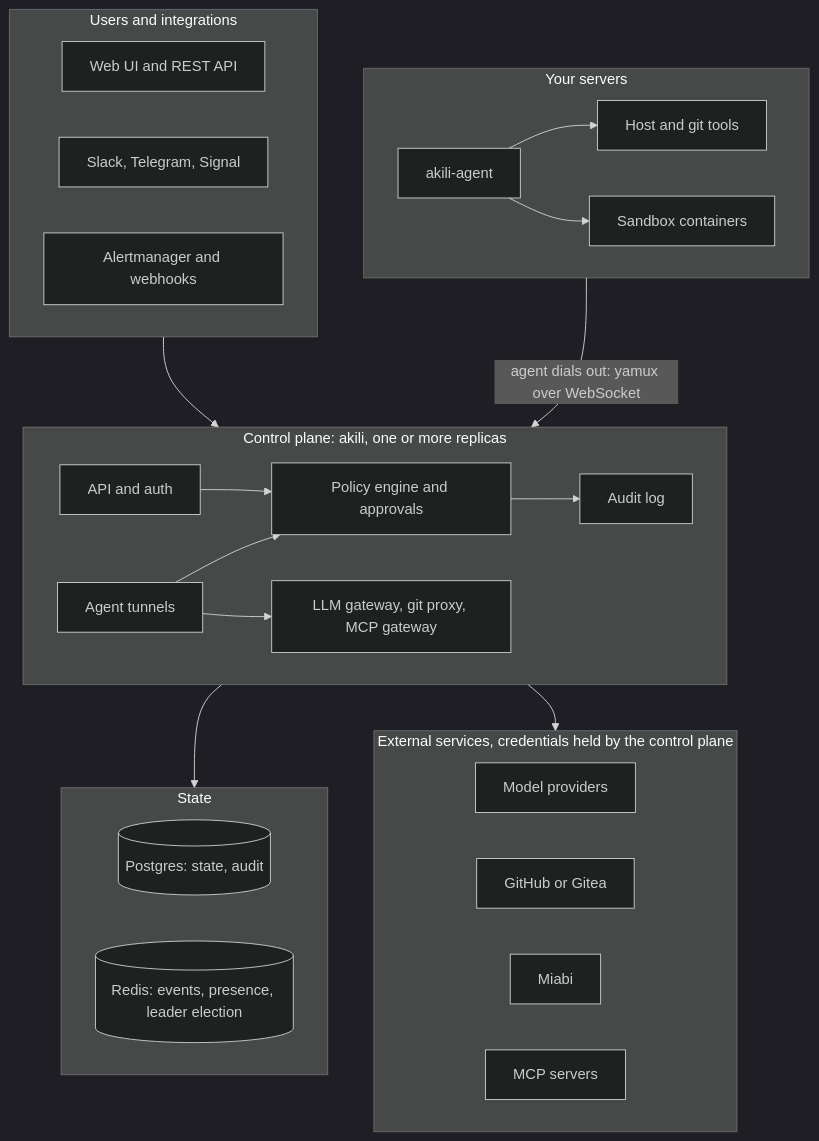
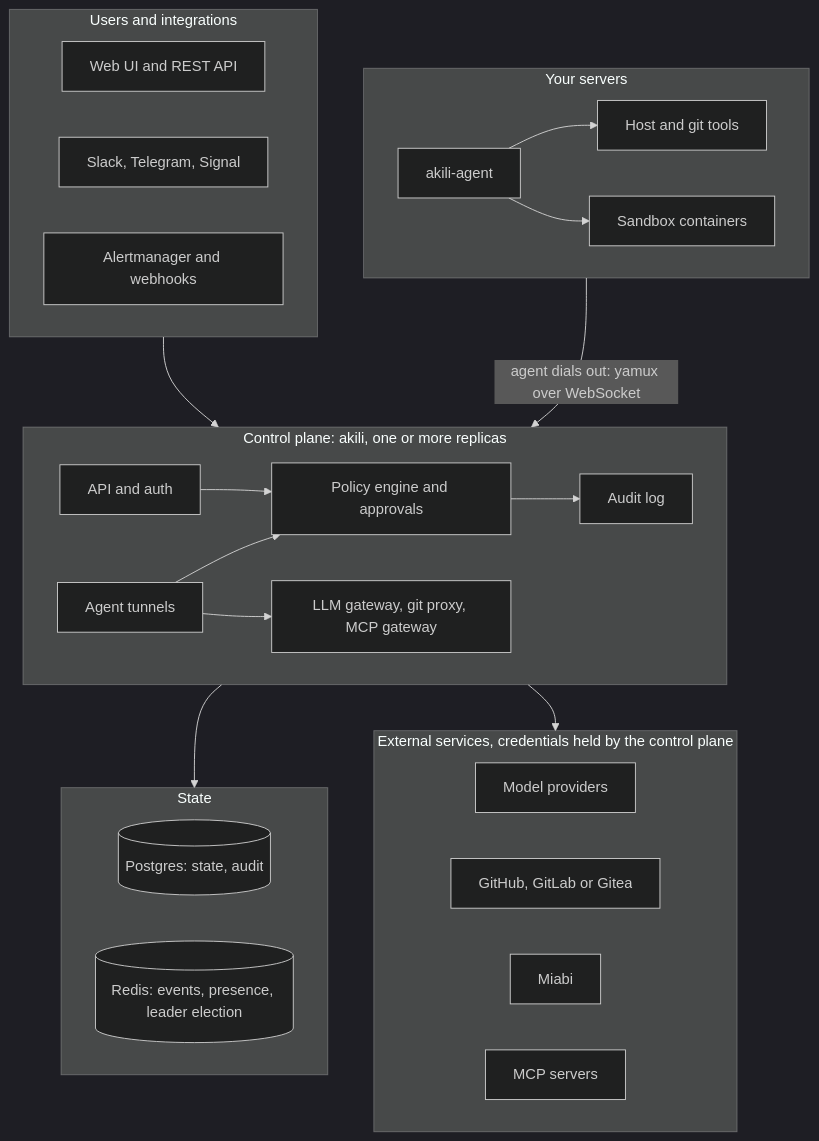
Before and after one commit to goakili/akili: the diagram in README.md, drawn with Mermaid (dark theme). The commit also changed other lines of this file and 33 other files, not shown here.

Commit message:
feat(forge): GitLab support (gitlab.com and self-managed, API v4)

````diff
--- a/README.md
+++ b/README.md
@@ -65,41 +65,41 @@
 ```mermaid
 flowchart TB
     subgraph clients["Users and integrations"]
         direction LR
         ui["Web UI and REST API"]
         chat["Slack, Telegram, Signal"]
         alerts["Alertmanager and webhooks"]
     end
 
     subgraph cp["Control plane: akili, one or more replicas"]
         direction LR
         api["API and auth"] --> policy["Policy engine and approvals"] --> audit["Audit log"]
         tunnel["Agent tunnels"] --> policy
         tunnel --> gateways["LLM gateway, git proxy, MCP gateway"]
     end
 
     subgraph data["State"]
         direction LR
         pg[("Postgres: state, audit")]
         redis[("Redis: events, presence, leader election")]
     end
 
     subgraph ext["External services, credentials held by the control plane"]
         direction LR
         llm["Model providers"]
-        forge["GitHub or Gitea"]
+        forge["GitHub, GitLab or Gitea"]
         miabi["Miabi"]
         mcpsrv["MCP servers"]
     end
 
     subgraph host["Your servers"]
         direction LR
         agent["akili-agent"] --> tools["Host and git tools"]
         agent --> sandbox["Sandbox containers"]
     end
 
     clients --> cp
     cp --> data
     cp --> ext
     host -- "agent dials out: yamux over WebSocket" --> cp
 ```
````
